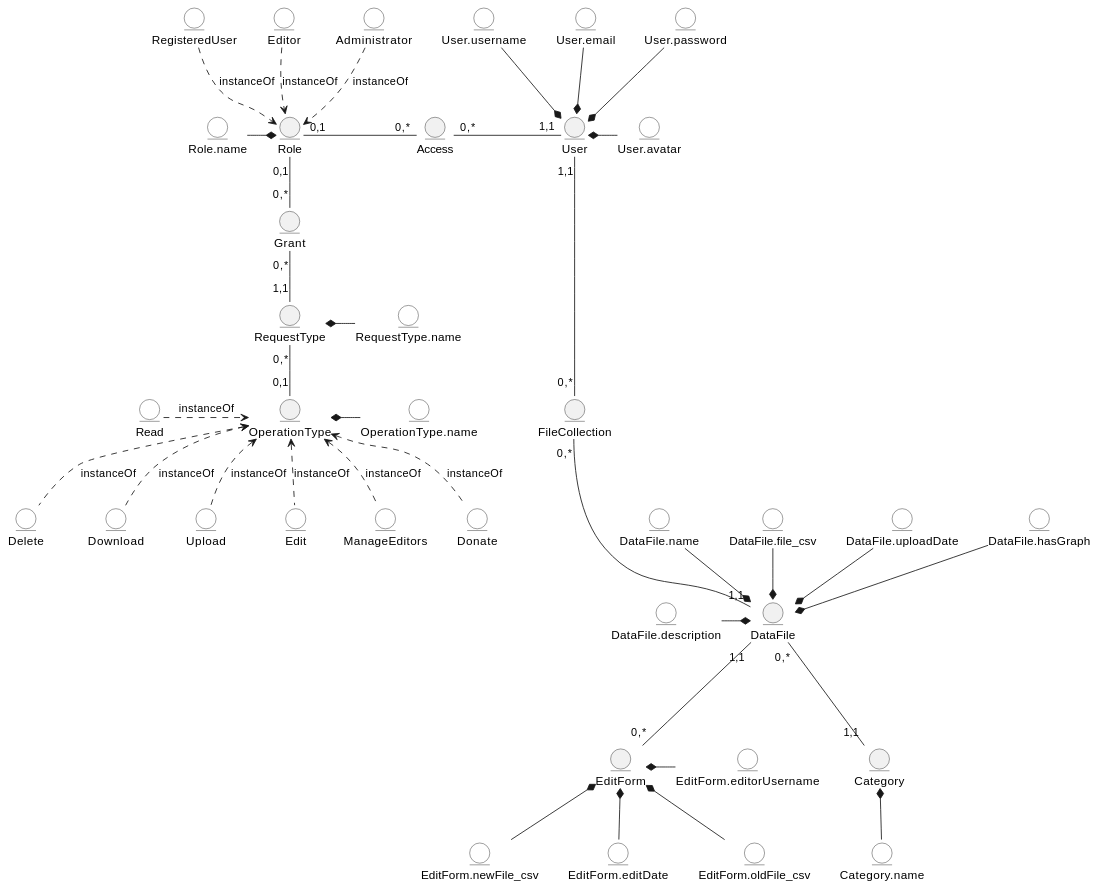
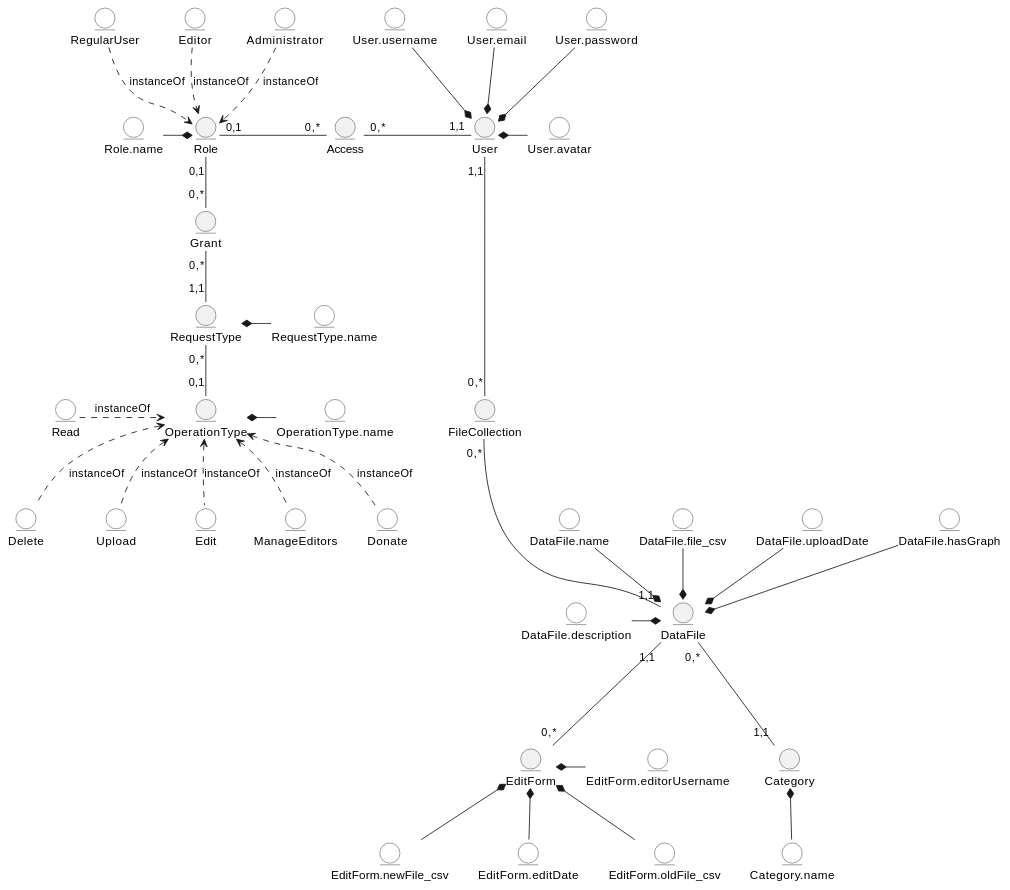
One commit to edu-db/edu_db_labs changed the first of 2 diagrams in docs/design/README.md. Above: the diagram before and after it, drawn with PlantUML. The commit also changed other lines of this file, not shown here.

```diff
--- a/docs/design/README.md
+++ b/docs/design/README.md
@@ -12,7 +20,7 @@
 
 entity Role
 entity Role.name #ffffff
-entity RegisteredUser #ffffff
+entity RegularUser #ffffff
 entity Editor #ffffff
 entity Administrator #ffffff
 
@@ -25,7 +33,6 @@
 entity OperationType
 entity Read #ffffff
 entity Delete #ffffff
-entity Download #ffffff
 entity Upload #ffffff
 entity Edit #ffffff
 entity ManageEditors #ffffff
@@ -61,7 +68,7 @@
 Grant "0,*" -d- "1,1" RequestType
 RequestType "0,*" -d- "0,1" OperationType
 Role.name -r-* Role
-RegisteredUser ..> Role : instanceOf
+RegularUser ..> Role : instanceOf
 Editor ..> Role : instanceOf
 Administrator ..> Role : instanceOf
 
@@ -70,7 +77,6 @@
 OperationType.name -l-* OperationType
 Read .r.> OperationType : instanceOf
 Delete  .u.> OperationType : instanceOf
-Download  .u.> OperationType : instanceOf
 Upload .u.> OperationType : instanceOf
 Edit .u.> OperationType : instanceOf
 ManageEditors .u.> OperationType : instanceOf
```
